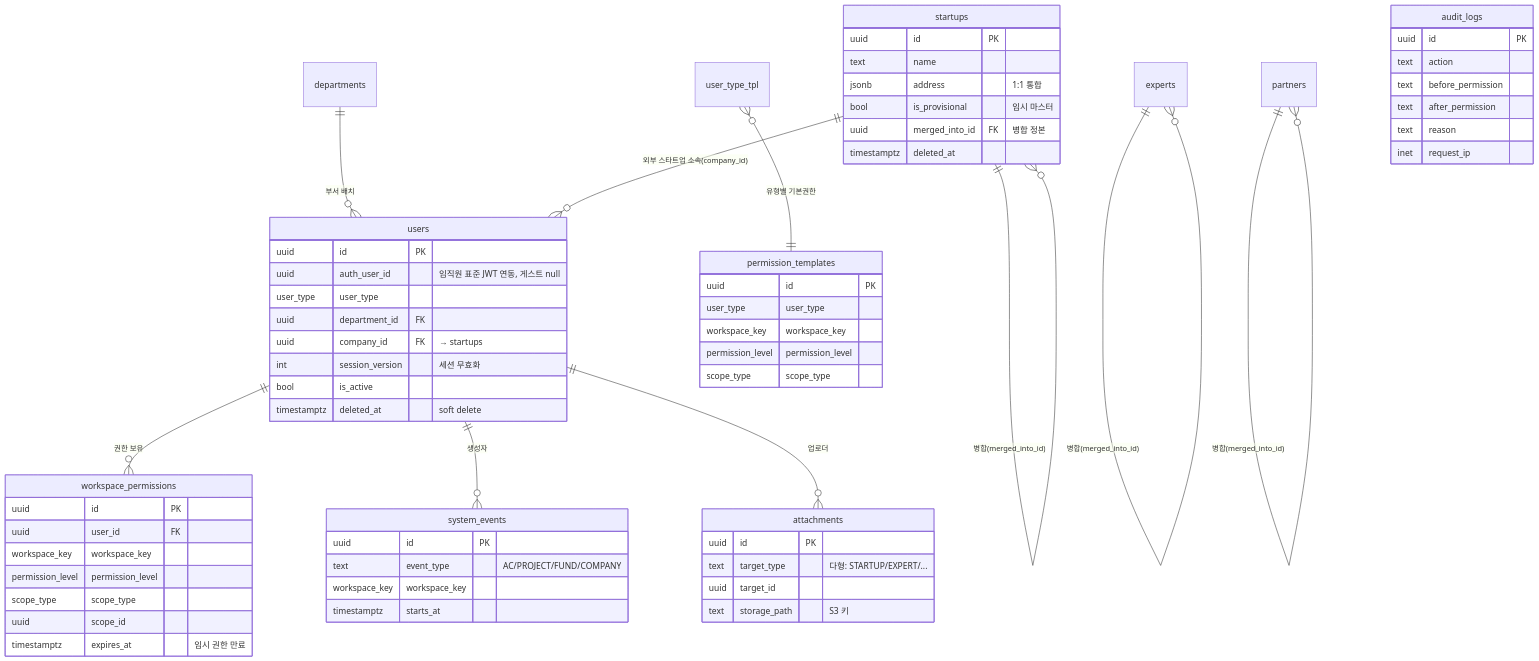
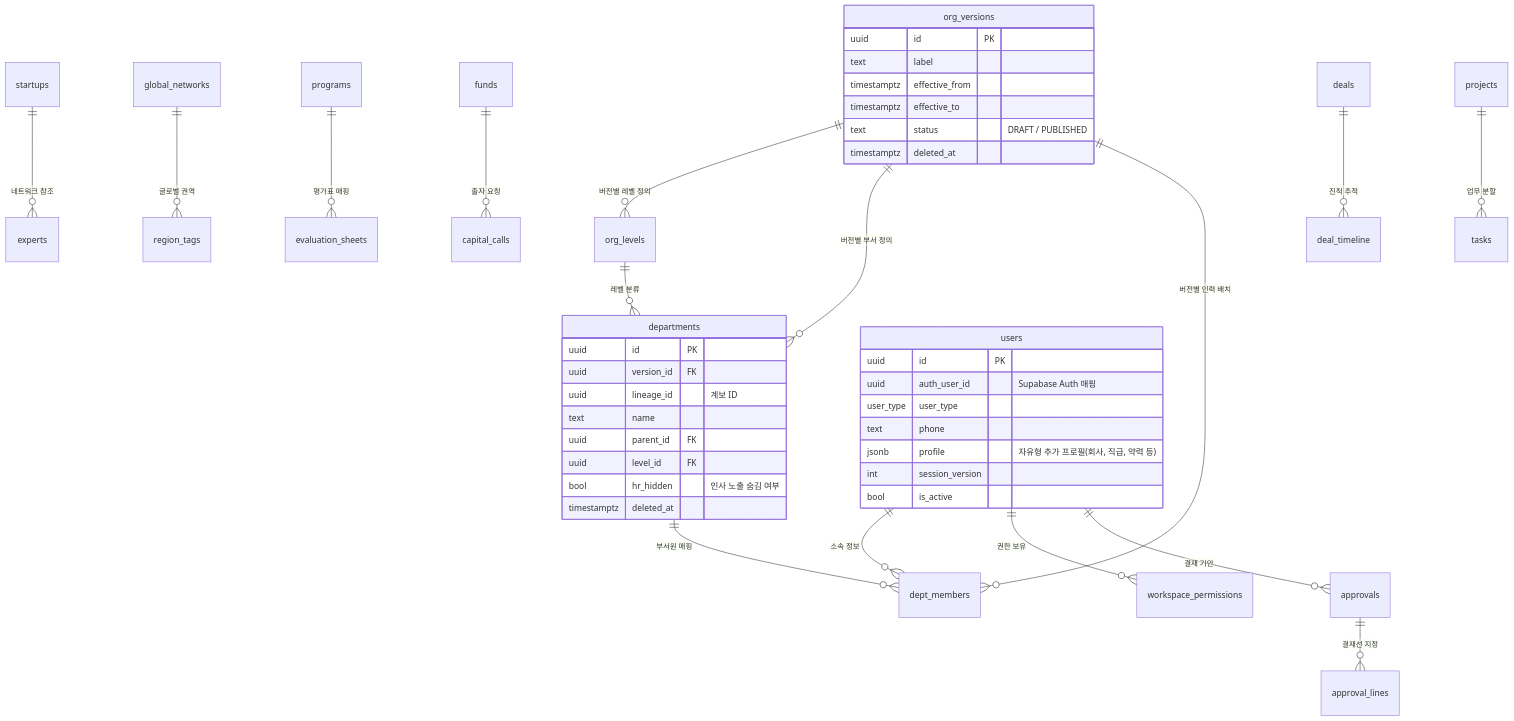
Before and after one commit to ynarcher-dev/ynarcher_works: the diagram in docs/docs_dev/9_database_physical_schema.md, drawn with Mermaid. The commit also changed other lines of this file and 2 other files, not shown here.

````diff
--- a/docs/docs_dev/9_database_physical_schema.md
+++ b/docs/docs_dev/9_database_physical_schema.md
@@ -29,67 +28,50 @@
 ```mermaid
 erDiagram
-  departments ||--o{ users : "부서 배치"
-  startups   ||--o{ users : "외부 스타트업 소속(company_id)"
-  users      ||--o{ workspace_permissions : "권한 보유"
-  users      ||--o{ system_events : "생성자"
-  users      ||--o{ attachments : "업로더"
-  startups   ||--o{ startups : "병합(merged_into_id)"
-  experts    ||--o{ experts : "병합(merged_into_id)"
-  partners   ||--o{ partners : "병합(merged_into_id)"
-  user_type_tpl }o--|| permission_templates : "유형별 기본권한"
+  org_versions ||--o{ org_levels : "버전별 레벨 정의"
+  org_versions ||--o{ departments : "버전별 부서 정의"
+  org_versions ||--o{ dept_members : "버전별 인력 배치"
+  org_levels   ||--o{ departments : "레벨 분류"
+  departments  ||--o{ dept_members : "부서원 매핑"
+  users        ||--o{ dept_members : "소속 정보"
+  
+  users ||--o{ workspace_permissions : "권한 보유"
+  users ||--o{ approvals : "결재 기안"
+  approvals ||--o{ approval_lines : "결재선 지정"
+  
+  startups ||--o{ experts : "네트워크 참조"
+  global_networks ||--o{ region_tags : "글로벌 권역"
+  
+  %% 각 워크스페이스 핵심 테이블 관계 간략화 %%
+  programs ||--o{ evaluation_sheets : "평가표 매핑"
+  funds ||--o{ capital_calls : "출자 요청"
+  deals ||--o{ deal_timeline : "진척 추적"
+  projects ||--o{ tasks : "업무 분할"
 
+  org_versions {
+    uuid id PK
+    text label
+    timestamptz effective_from
+    timestamptz effective_to
+    text status "DRAFT / PUBLISHED"
+    timestamptz deleted_at
+  }
+  departments {
+    uuid id PK
+    uuid version_id FK
+    uuid lineage_id "계보 ID"
+    text name
+    uuid parent_id FK
+    uuid level_id FK
+    bool hr_hidden "인사 노출 숨김 여부"
+    timestamptz deleted_at
+  }
   users {
     uuid id PK
-    uuid auth_user_id "임직원 표준 JWT 연동, 게스트 null"
+    uuid auth_user_id "Supabase Auth 매핑"
     user_type user_type
-    uuid department_id FK
-    uuid company_id FK "→ startups"
-    int  session_version "세션 무효화"
+    text phone
+    jsonb profile "자유형 추가 프로필(회사, 직급, 약력 등)"
+    int session_version
     bool is_active
-    timestamptz deleted_at "soft delete"
-  }
-  workspace_permissions {
-    uuid id PK
-    uuid user_id FK
-    workspace_key workspace_key
-    permission_level permission_level
-    scope_type scope_type
-    uuid scope_id
-    timestamptz expires_at "임시 권한 만료"
-  }
-  permission_templates {
-    uuid id PK
-    user_type user_type
-    workspace_key workspace_key
-    permission_level permission_level
-    scope_type scope_type
-  }
-  startups {
-    uuid id PK
-    text name
-    jsonb address "1:1 통합"
-    bool is_provisional "임시 마스터"
-    uuid merged_into_id FK "병합 정본"
-    timestamptz deleted_at
-  }
-  attachments {
-    uuid id PK
-    text target_type "다형: STARTUP/EXPERT/..."
-    uuid target_id
-    text storage_path "S3 키"
-  }
-  audit_logs {
-    uuid id PK
-    text action
-    text before_permission
-    text after_permission
-    text reason
-    inet request_ip
-  }
-  system_events {
-    uuid id PK
-    text event_type "AC/PROJECT/FUND/COMPANY"
-    workspace_key workspace_key
-    timestamptz starts_at
   }
 ```
````
